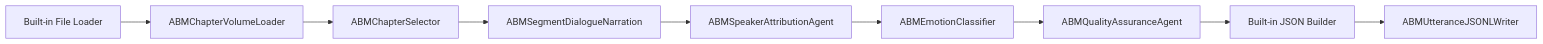
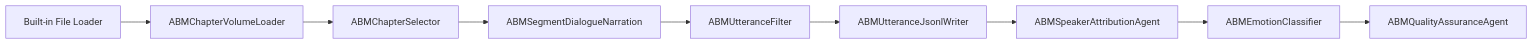
Before and after one commit to jwardwell7077/agent-audiobook-maker: the first of 2 diagrams in docs/LANGFLOW_COMPONENT_PLAN.md, drawn with Mermaid. The commit also changed other lines of this file and 10 other files, not shown here.

````diff
--- a/docs/LANGFLOW_COMPONENT_PLAN.md
+++ b/docs/LANGFLOW_COMPONENT_PLAN.md
@@ -229,11 +249,11 @@
 ```mermaid
 flowchart LR
     A[Built-in File Loader] --> B[ABMChapterVolumeLoader]
     B --> C[ABMChapterSelector] 
     C --> D[ABMSegmentDialogueNarration]
-    D --> E[ABMSpeakerAttributionAgent]
-    E --> F[ABMEmotionClassifier]
-    F --> G[ABMQualityAssuranceAgent]
-    G --> H[Built-in JSON Builder]
-    H --> I[ABMUtteranceJSONLWriter]
+    D --> E[ABMUtteranceFilter]
+    E --> F[ABMUtteranceJsonlWriter]
+    F --> G[ABMSpeakerAttributionAgent]
+    G --> H[ABMEmotionClassifier]
+    H --> I[ABMQualityAssuranceAgent]
 ```
````
